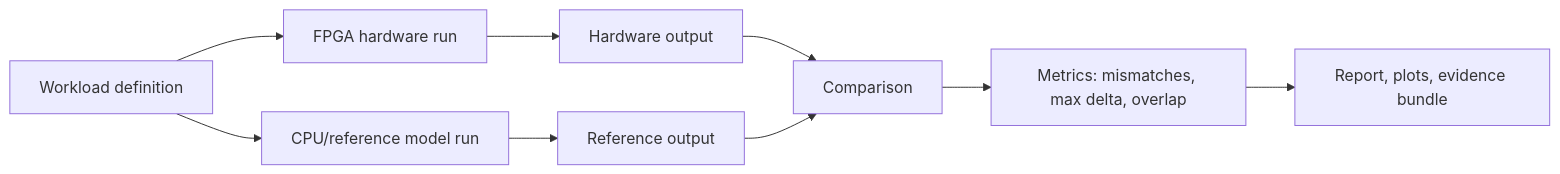
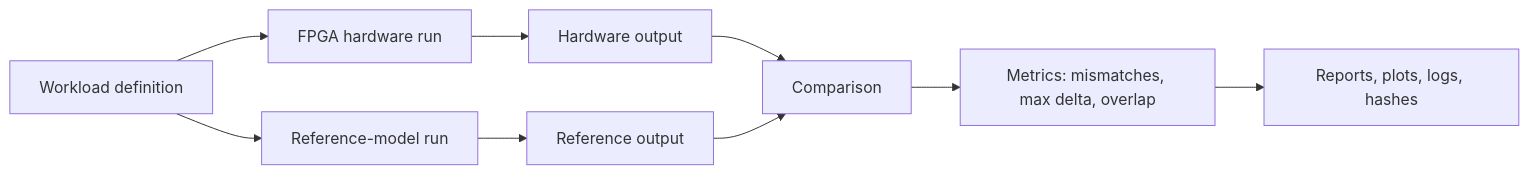
The diagram in README.md (Martin123132/FLX1.0), drawn with Mermaid before and after one commit. The commit also changed other lines of this file and 468 other files, not shown here.

````diff
--- a/README.md
+++ b/README.md
@@ -83,11 +109,11 @@
 ```mermaid
 flowchart LR
     A["Workload definition"] --> B["FPGA hardware run"]
-    A --> C["CPU/reference model run"]
+    A --> C["Reference-model run"]
     B --> D["Hardware output"]
     C --> E["Reference output"]
     D --> F["Comparison"]
     E --> F
     F --> G["Metrics: mismatches, max delta, overlap"]
-    G --> H["Report, plots, evidence bundle"]
+    G --> H["Reports, plots, logs, hashes"]
 ```
````
